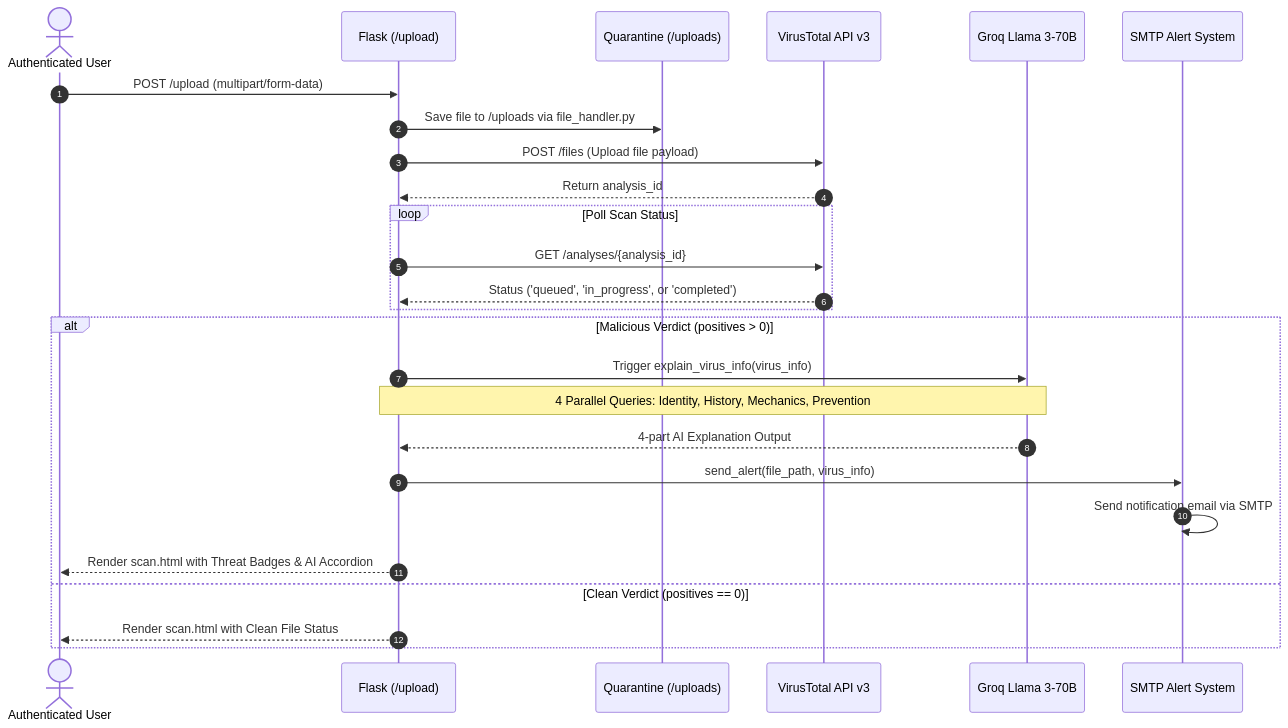
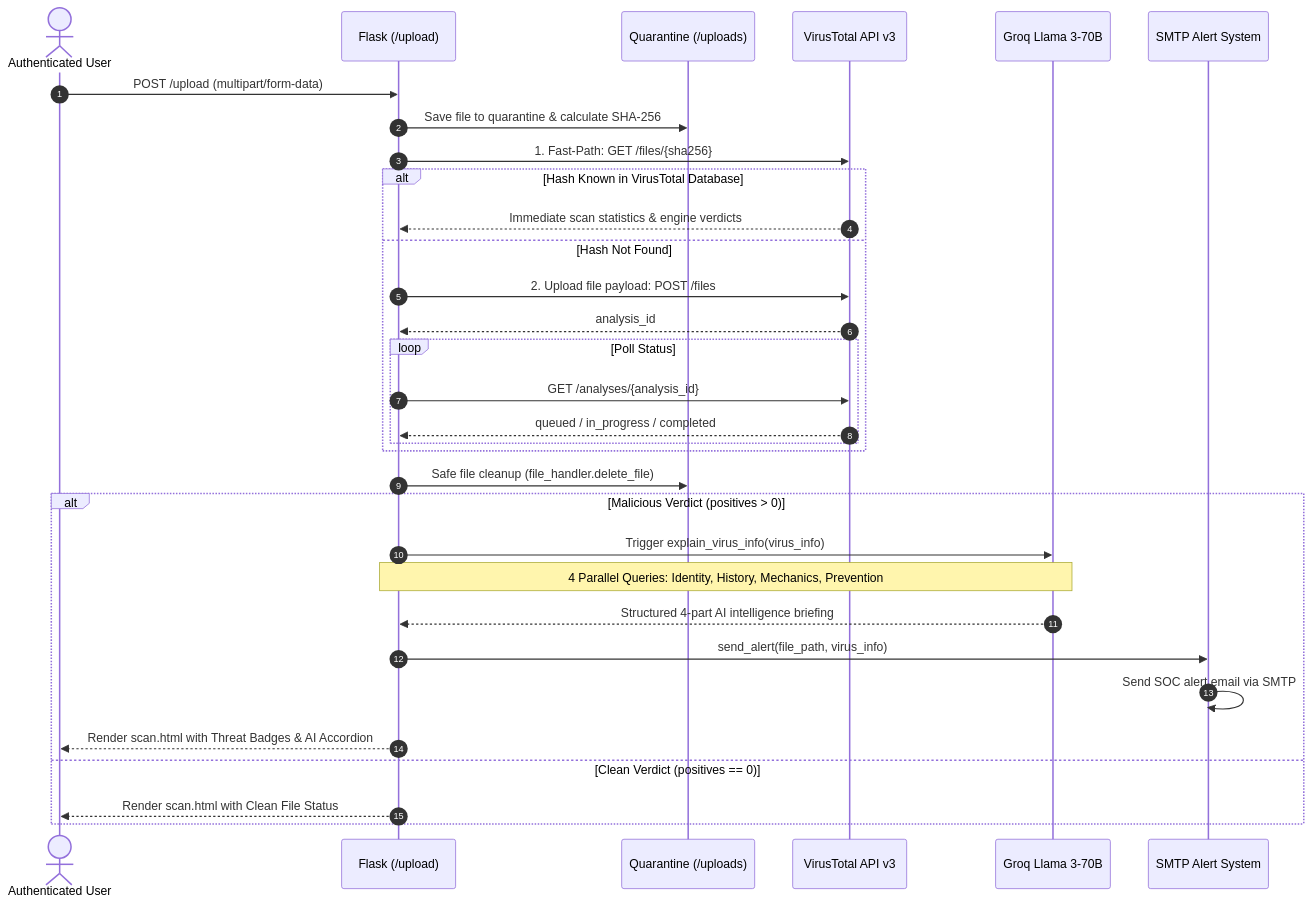
One commit to H4R5787/VirusGuard changed the fourth of 4 diagrams in README.md. Above: the diagram before and after it, drawn with Mermaid. The commit also changed other lines of this file, not shown here.

Commit message:
docs: update README with full architecture, CISA threat intel pipeline, test suite, and database models

````diff
--- a/README.md
+++ b/README.md
@@ -363,29 +431,35 @@
 ```mermaid
 sequenceDiagram
     autonumber
     actor User as Authenticated User
     participant Router as Flask (/upload)
     participant Disk as Quarantine (/uploads)
     participant VT as VirusTotal API v3
     participant AI as Groq Llama 3-70B
     participant Alert as SMTP Alert System
 
     User->>Router: POST /upload (multipart/form-data)
-    Router->>Disk: Save file to /uploads via file_handler.py
-    Router->>VT: POST /files (Upload file payload)
-    VT-->>Router: Return analysis_id
-    loop Poll Scan Status
-        Router->>VT: GET /analyses/{analysis_id}
-        VT-->>Router: Status ('queued', 'in_progress', or 'completed')
+    Router->>Disk: Save file to quarantine & calculate SHA-256
+    Router->>VT: 1. Fast-Path: GET /files/{sha256}
+    alt Hash Known in VirusTotal Database
+        VT-->>Router: Immediate scan statistics & engine verdicts
+    else Hash Not Found
+        Router->>VT: 2. Upload file payload: POST /files
+        VT-->>Router: analysis_id
+        loop Poll Status
+            Router->>VT: GET /analyses/{analysis_id}
+            VT-->>Router: queued / in_progress / completed
+        end
     end
+    Router->>Disk: Safe file cleanup (file_handler.delete_file)
     alt Malicious Verdict (positives > 0)
         Router->>AI: Trigger explain_virus_info(virus_info)
         Note over Router,AI: 4 Parallel Queries: Identity, History, Mechanics, Prevention
-        AI-->>Router: 4-part AI Explanation Output
+        AI-->>Router: Structured 4-part AI intelligence briefing
         Router->>Alert: send_alert(file_path, virus_info)
-        Alert->>Alert: Send notification email via SMTP
+        Alert->>Alert: Send SOC alert email via SMTP
         Router-->>User: Render scan.html with Threat Badges & AI Accordion
     else Clean Verdict (positives == 0)
         Router-->>User: Render scan.html with Clean File Status
     end
 ```
````
